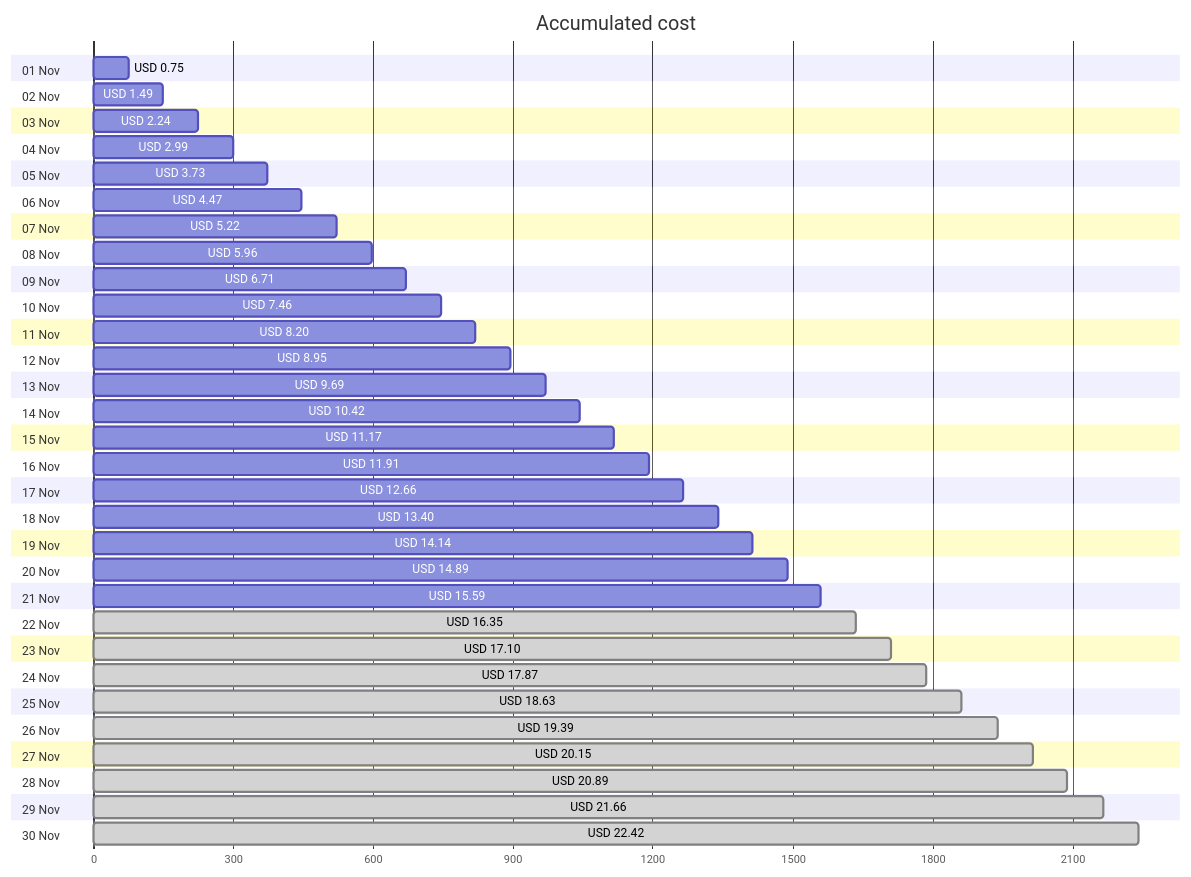
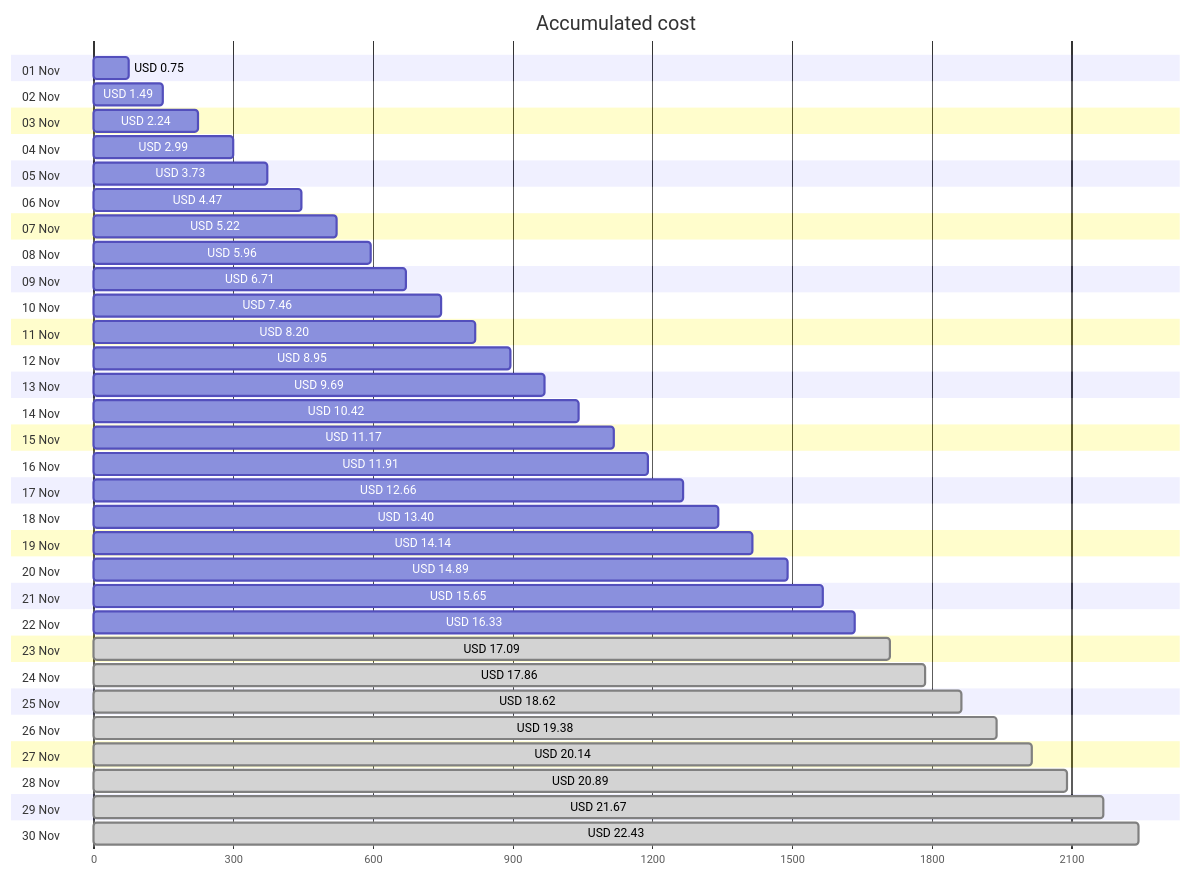
The first of 4 diagrams in cost-reports/personal-network/backup-server-data-disk.md (jpfulton/azure-personal-reports), drawn with Mermaid before and after one commit. The commit also changed other lines of this file and 8 other files, not shown here.

````diff
--- a/cost-reports/personal-network/backup-server-data-disk.md
+++ b/cost-reports/personal-network/backup-server-data-disk.md
@@ -20,66 +20,66 @@
 ```mermaid
 gantt
    title Accumulated cost
    dateFormat  X
    axisFormat %s
    section 01 Nov
    USD 0.75 :0, 75
    section 02 Nov
    USD 1.49 :0, 149
    section 03 Nov
    USD 2.24 :0, 224
    section 04 Nov
    USD 2.99 :0, 299
    section 05 Nov
    USD 3.73 :0, 373
    section 06 Nov
    USD 4.47 :0, 447
    section 07 Nov
    USD 5.22 :0, 522
    section 08 Nov
    USD 5.96 :0, 596
    section 09 Nov
    USD 6.71 :0, 671
    section 10 Nov
    USD 7.46 :0, 746
    section 11 Nov
    USD 8.20 :0, 820
    section 12 Nov
    USD 8.95 :0, 895
    section 13 Nov
    USD 9.69 :0, 969
    section 14 Nov
    USD 10.42 :0, 1042
    section 15 Nov
    USD 11.17 :0, 1117
    section 16 Nov
    USD 11.91 :0, 1191
    section 17 Nov
    USD 12.66 :0, 1266
    section 18 Nov
    USD 13.40 :0, 1340
    section 19 Nov
    USD 14.14 :0, 1414
    section 20 Nov
    USD 14.89 :0, 1489
    section 21 Nov
-   USD 15.59 :0, 1559
+   USD 15.65 :0, 1565
    section 22 Nov
-   USD 16.35 : done, 0, 1635
+   USD 16.33 :0, 1633
    section 23 Nov
-   USD 17.10 : done, 0, 1710
+   USD 17.09 : done, 0, 1709
    section 24 Nov
-   USD 17.87 : done, 0, 1787
+   USD 17.86 : done, 0, 1786
    section 25 Nov
-   USD 18.63 : done, 0, 1863
+   USD 18.62 : done, 0, 1862
    section 26 Nov
-   USD 19.39 : done, 0, 1939
+   USD 19.38 : done, 0, 1938
    section 27 Nov
-   USD 20.15 : done, 0, 2015
+   USD 20.14 : done, 0, 2014
    section 28 Nov
    USD 20.89 : done, 0, 2089
    section 29 Nov
-   USD 21.66 : done, 0, 2166
+   USD 21.67 : done, 0, 2167
    section 30 Nov
-   USD 22.42 : done, 0, 2242
+   USD 22.43 : done, 0, 2243
 ```
````
